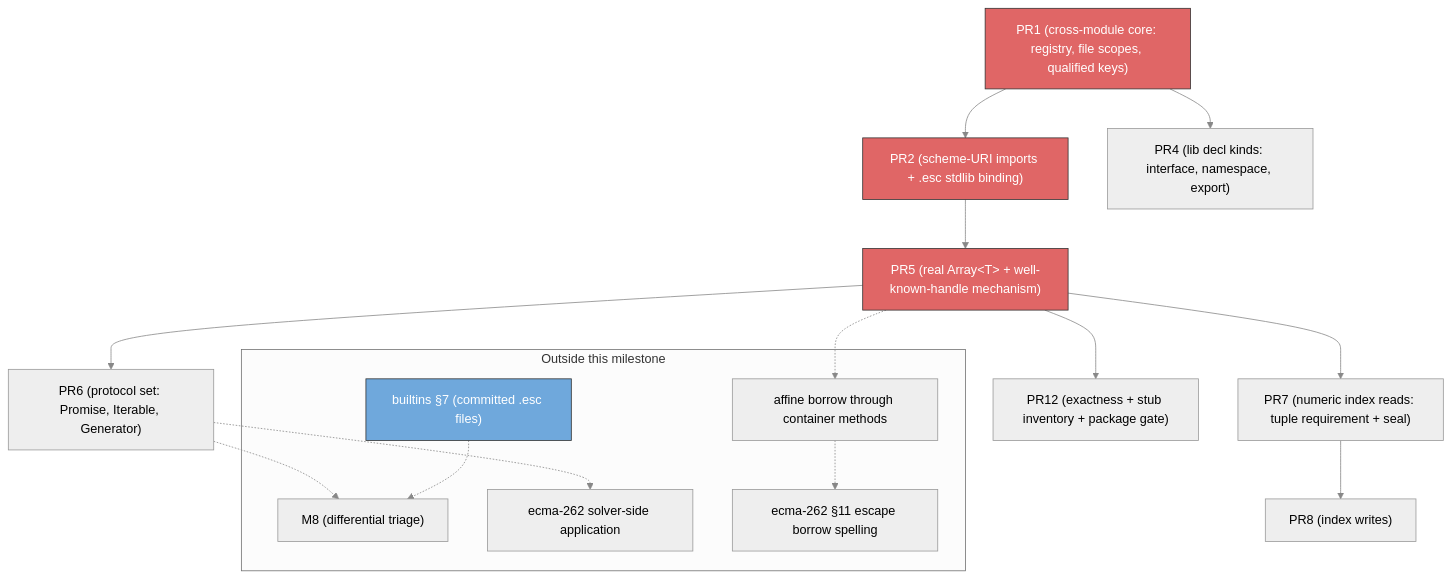
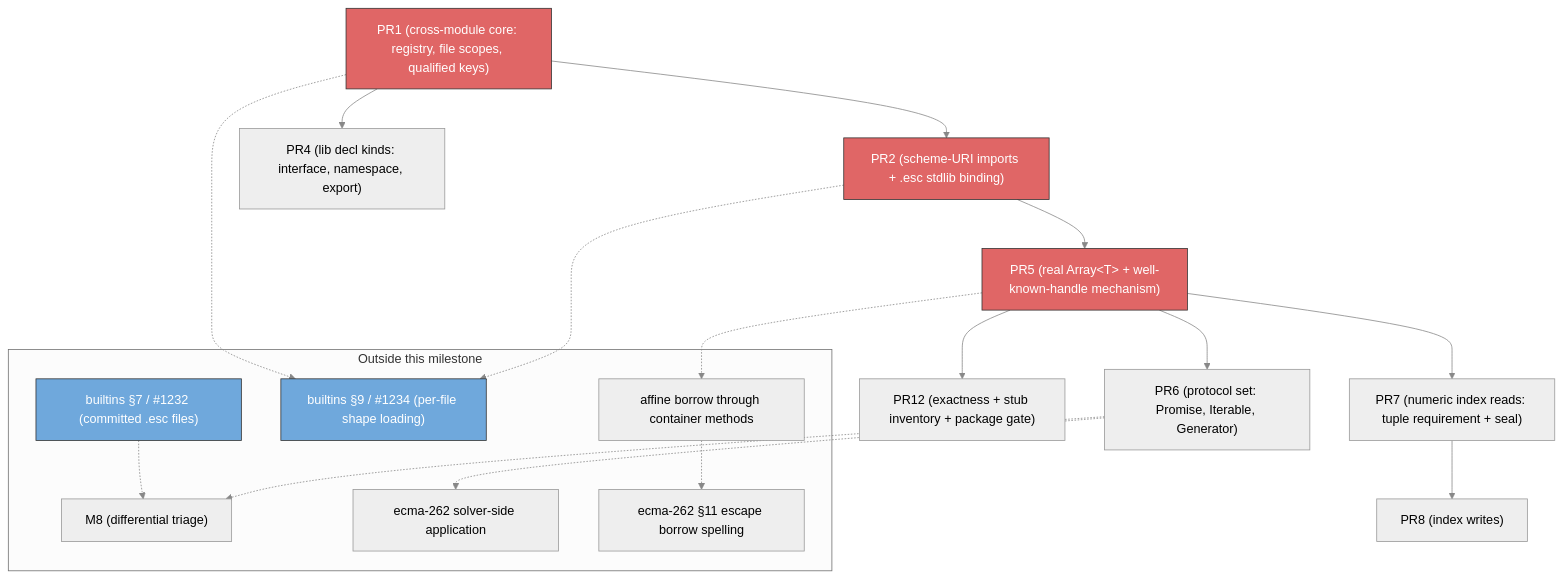
Before and after one commit to escalier-lang/escalier: the first of 2 diagrams in planning/simple_sub/m7.5-implementation-plan.md, drawn with Mermaid (neutral theme). The commit also changed other lines of this file, not shown here.

First line of the commit message:
Reconcile the M7.5 plan with the builtins milestone issues

````diff
--- a/planning/simple_sub/m7.5-implementation-plan.md
+++ b/planning/simple_sub/m7.5-implementation-plan.md
@@ -985,39 +1030,43 @@
 ```mermaid
 graph TD
     PR1["PR1 (cross-module core: registry, file scopes, qualified keys)"]
     PR2["PR2 (scheme-URI imports + .esc stdlib binding)"]
     PR4["PR4 (lib decl kinds: interface, namespace, export)"]
     PR5["PR5 (real Array&lt;T&gt; + well-known-handle mechanism)"]
     PR6["PR6 (protocol set: Promise, Iterable, Generator)"]
     PR7["PR7 (numeric index reads: tuple requirement + seal)"]
     PR8["PR8 (index writes)"]
     PR12["PR12 (exactness + stub inventory + package gate)"]
 
     subgraph outside["Outside this milestone"]
-        B7["builtins §7 (committed .esc files)"]
+        B7["builtins §7 / #1232 (committed .esc files)"]
+        B9["builtins §9 / #1234 (per-file shape loading)"]
         M8["M8 (differential triage)"]
         AFF["affine borrow through container methods"]
         E262["ecma-262 solver-side application"]
         E262C["ecma-262 §11 escape borrow spelling"]
     end
 
     PR1 --> PR2
     PR1 --> PR4
     PR2 --> PR5
     PR5 --> PR6
     PR5 --> PR7
     PR5 --> PR12
     PR7 --> PR8
 
     B7 -.-> M8
+    PR1 -.-> B9
+    PR2 -.-> B9
     PR6 -.-> M8
     PR5 -.-> AFF
     PR6 -.-> E262
     AFF -.-> E262C
 
     linkStyle default stroke:#888
     style PR1 fill:#e06666,stroke:#333,color:#fff
     style PR2 fill:#e06666,stroke:#333,color:#fff
     style PR5 fill:#e06666,stroke:#333,color:#fff
     style B7 fill:#6fa8dc,stroke:#333,color:#fff
+    style B9 fill:#6fa8dc,stroke:#333,color:#fff
 ```
````
